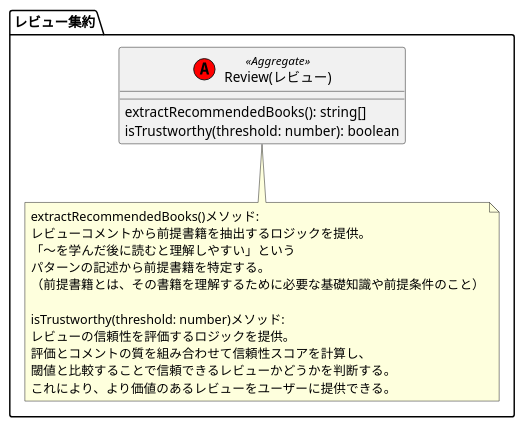
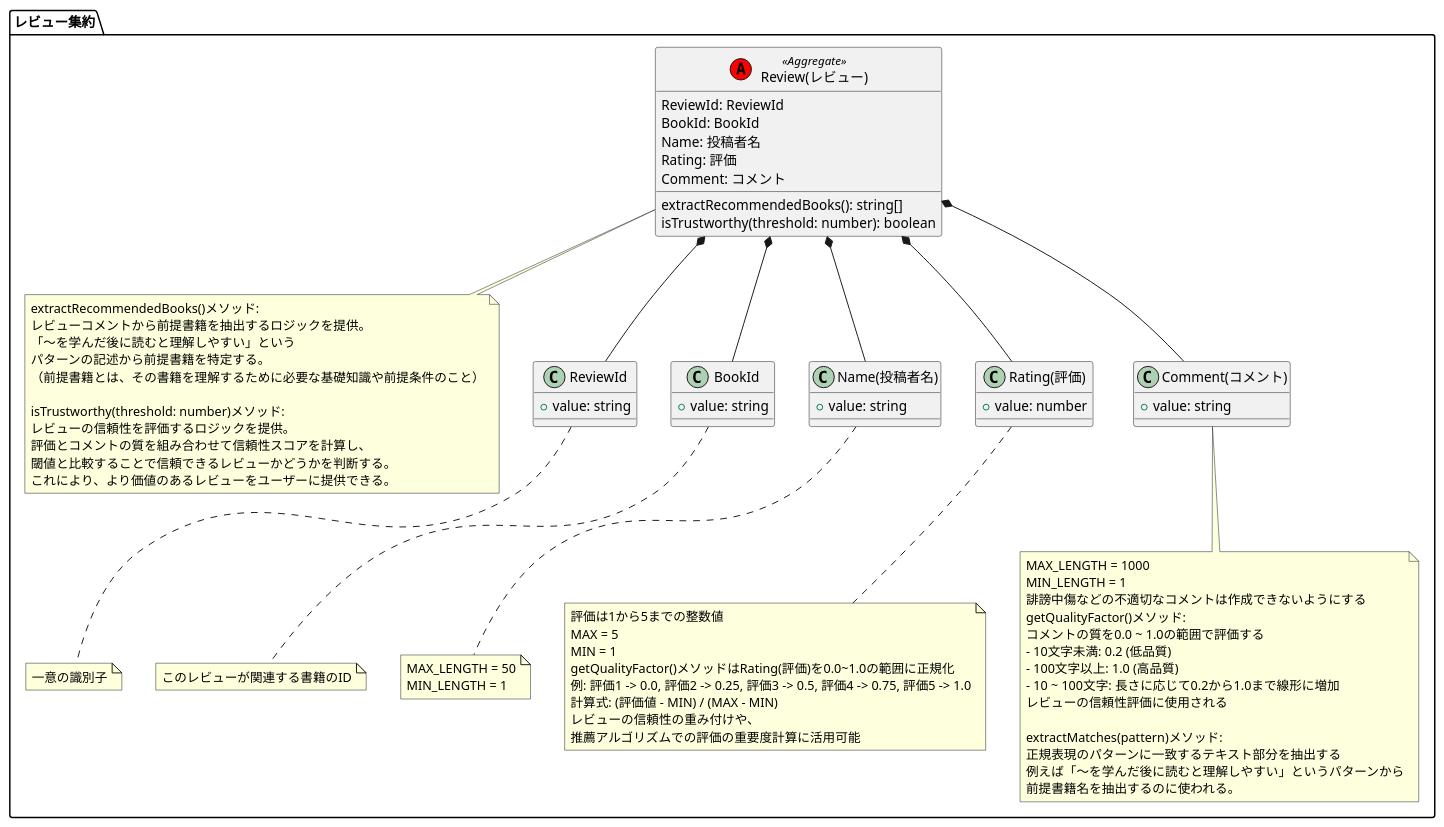
One commit to kter/domain-driven-design changed the diagram in CatalogService/Domain/models/Review/Review.pu. Above: the diagram before and after it, drawn with PlantUML. The commit also changed 1 other file, not shown here.

Commit message:
必要なインプットの特定

```diff
--- a/CatalogService/Domain/models/Review/Review.pu
+++ b/CatalogService/Domain/models/Review/Review.pu
@@ -1,22 +1,95 @@
 package "レビュー集約" {
     '1. 集約とポリシーの表現
     class "Review(レビュー)" as Review << (A, red) Aggregate >> {
+        ReviewId: ReviewId
+        BookId: BookId
+        Name: 投稿者名
+        Rating: 評価
+        Comment: コメント
         extractRecommendedBooks(): string[]
         isTrustworthy(threshold: number): boolean
     }
 
     '2. ビジネスルールの具体化
     note bottom of Review
         extractRecommendedBooks()メソッド:
         レビューコメントから前提書籍を抽出するロジックを提供。
         「〜を学んだ後に読むと理解しやすい」という
         パターンの記述から前提書籍を特定する。
         （前提書籍とは、その書籍を理解するために必要な基礎知識や前提条件のこと）
 
         isTrustworthy(threshold: number)メソッド:
         レビューの信頼性を評価するロジックを提供。
         評価とコメントの質を組み合わせて信頼性スコアを計算し、
         閾値と比較することで信頼できるレビューかどうかを判断する。
         これにより、より価値のあるレビューをユーザーに提供できる。
     end note
+
+    '3. 必要なインプットの特定
+    class "ReviewId" as ReviewId {
+        + value: string
+    }
+
+    class "BookId" as BookId {
+        + value: string
+    }
+
+    class "Name(投稿者名)" as Name {
+        + value: string
+    }
+
+    class "Rating(評価)" as Rating {
+        + value: number
+    }
+
+    class "Comment(コメント)" as Comment {
+        + value: string
+    }
+
+    note bottom of ReviewId
+        一意の識別子
+    end note
+
+    note bottom of BookId
+        このレビューが関連する書籍のID
+    end note
+
+    note bottom of Name
+        MAX_LENGTH = 50
+        MIN_LENGTH = 1
+    end note
+
+    note bottom of Rating
+        評価は1から5までの整数値
+        MAX = 5
+        MIN = 1
+        getQualityFactor()メソッドはRating(評価)を0.0~1.0の範囲に正規化
+        例: 評価1 -> 0.0, 評価2 -> 0.25, 評価3 -> 0.5, 評価4 -> 0.75, 評価5 -> 1.0
+        計算式: (評価値 - MIN) / (MAX - MIN)
+        レビューの信頼性の重み付けや、
+        推薦アルゴリズムでの評価の重要度計算に活用可能
+    end note
+
+    note bottom of Comment
+        MAX_LENGTH = 1000
+        MIN_LENGTH = 1
+        誹謗中傷などの不適切なコメントは作成できないようにする
+        getQualityFactor()メソッド:
+        コメントの質を0.0 ~ 1.0の範囲で評価する
+        - 10文字未満: 0.2 (低品質)
+        - 100文字以上: 1.0 (高品質)
+        - 10 ~ 100文字: 長さに応じて0.2から1.0まで線形に増加
+        レビューの信頼性評価に使用される
+
+        extractMatches(pattern)メソッド:
+        正規表現のパターンに一致するテキスト部分を抽出する
+        例えば「〜を学んだ後に読むと理解しやすい」というパターンから
+        前提書籍名を抽出するのに使われる。
+    end note
+
+    Review *-- ReviewId
+    Review *-- BookId
+    Review *-- Name
+    Review *-- Rating
+    Review *-- Comment
 }
```
